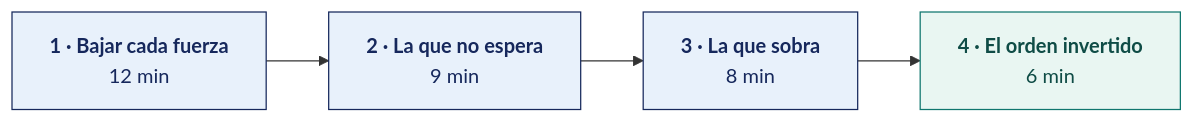
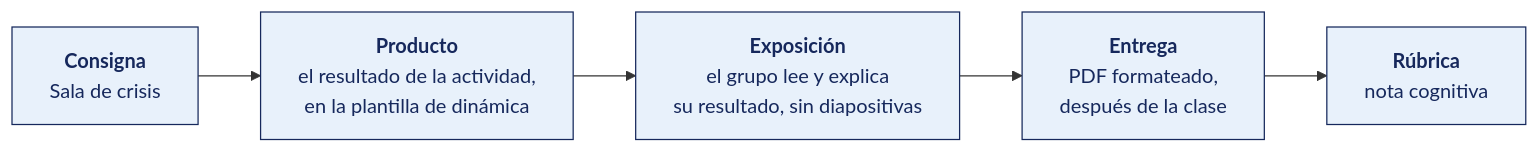
One commit to OscarJimenezFlores/PETI changed the diagram in SEMANA-02/2-DINAMICA.md. Above: the diagram before and after it, drawn with Mermaid. The commit also changed other lines of this file and 48 other files, not shown here.

````diff
--- a/SEMANA-02/2-DINAMICA.md
+++ b/SEMANA-02/2-DINAMICA.md
@@ -29,12 +13,11 @@
 ```mermaid
 flowchart LR
-    P1["<b>1 · Bajar cada fuerza</b><br/>12 min"]
-    P2["<b>2 · La que no espera</b><br/>9 min"]
-    P3["<b>3 · La que sobra</b><br/>8 min"]
-    P4["<b>4 · El orden invertido</b><br/>6 min"]
-    P1 --> P2 --> P3 --> P4
+    C["<b>Consigna</b><br/>Sala de crisis"]
+    P["<b>Producto</b><br/>el resultado de la actividad,<br/>en la plantilla de dinámica"]
+    E["<b>Exposición</b><br/>el grupo lee y explica<br/>su resultado, sin diapositivas"]
+    G["<b>Entrega</b><br/>PDF formateado,<br/>después de la clase"]
+    R["<b>Rúbrica</b><br/>nota cognitiva"]
+    C --> P --> E --> G --> R
     classDef d fill:#E8F1FB,stroke:#16285C,stroke-width:1px,color:#16285C;
-    classDef f fill:#E9F6F2,stroke:#0F766E,stroke-width:1px,color:#0F4C46;
-    class P1,P2,P3 d;
-    class P4 f;
+    class C,P,E,G,R d;
 ```
````
